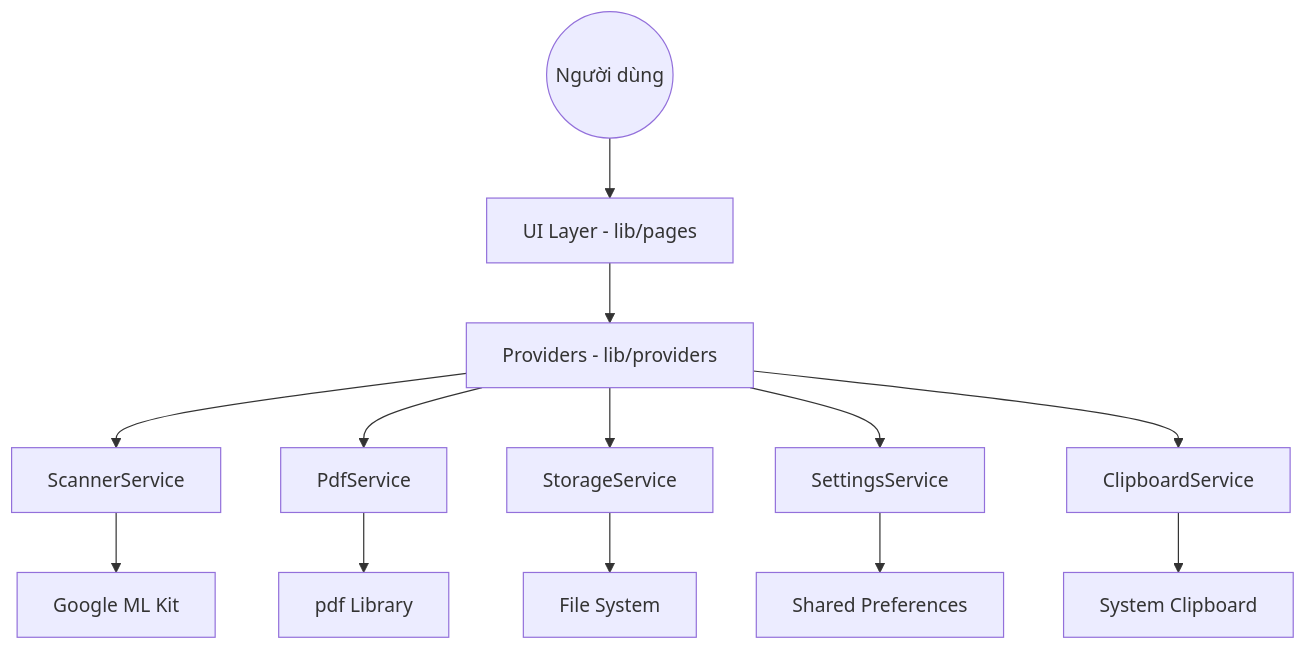
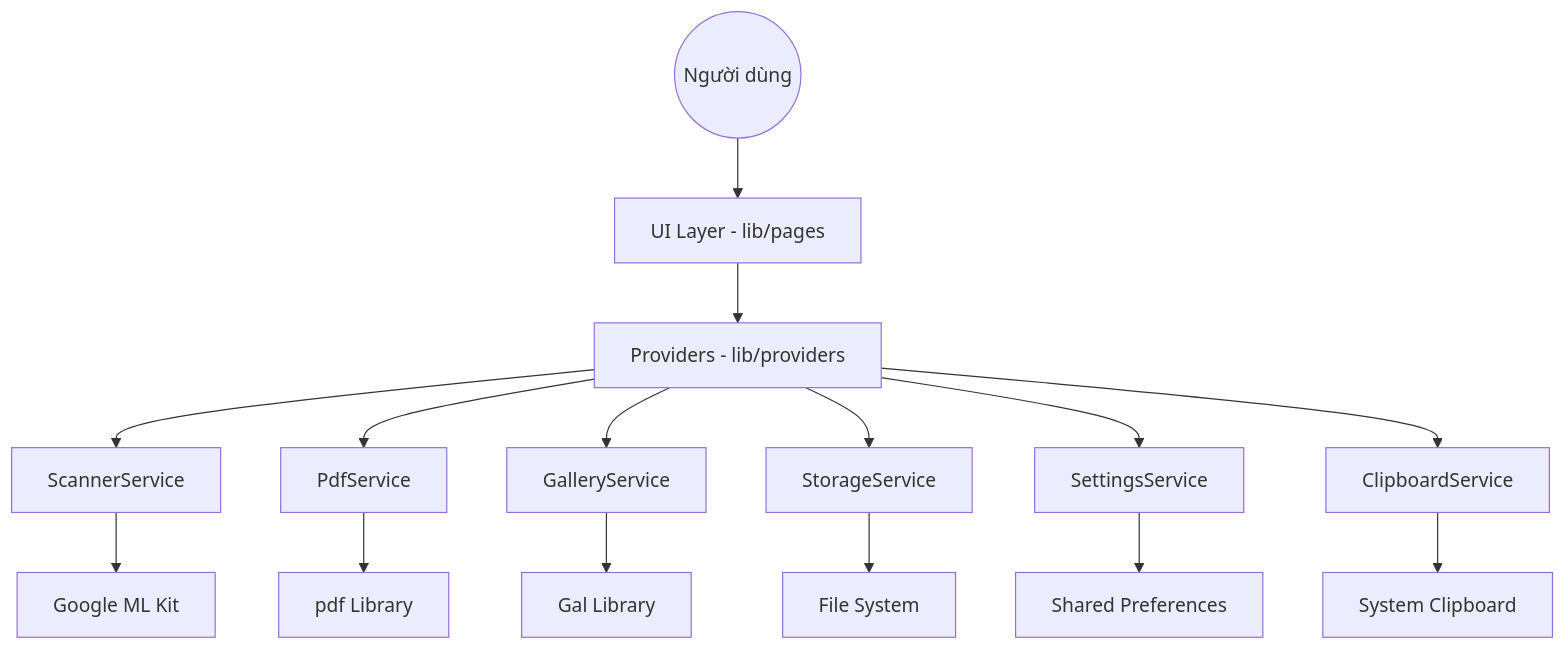
One commit to thichuong/scanner_vision changed the diagram in architecture.md. Above: the diagram before and after it, drawn with Mermaid. The commit also changed other lines of this file and 8 other files, not shown here.

````diff
--- a/architecture.md
+++ b/architecture.md
@@ -16,16 +18,18 @@
 ```mermaid
 graph TD
     User((Người dùng)) --> UI[UI Layer - lib/pages]
     UI --> Prov[Providers - lib/providers]
     Prov --> SS[ScannerService]
     Prov --> PS[PdfService]
+    Prov --> GS[GalleryService]
     Prov --> STS[StorageService]
     Prov --> STGS[SettingsService]
     Prov --> CS[ClipboardService]
     
     SS --> MLK[Google ML Kit]
     PS --> PDFL[pdf Library]
+    GS --> GAL[Gal Library]
     STS --> FS[File System]
     STGS --> SP[Shared Preferences]
     CS --> CP[System Clipboard]
 ```
````
